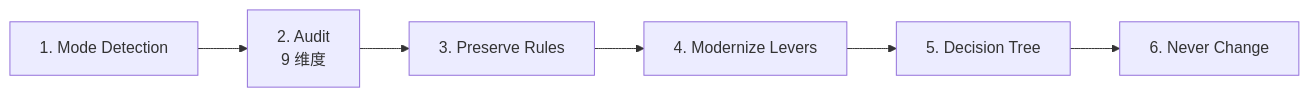
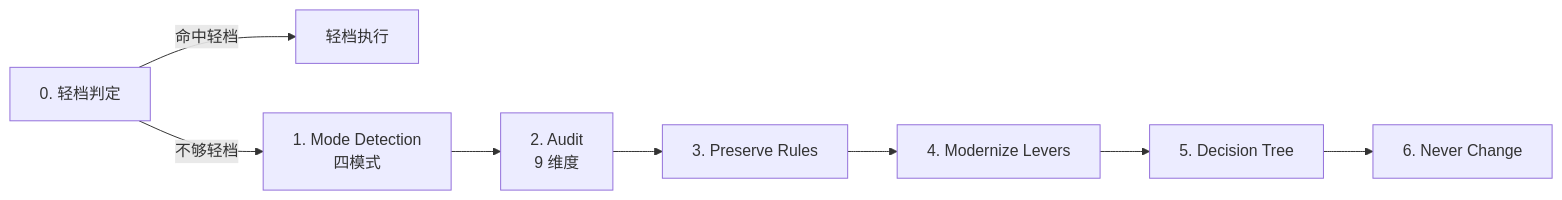
The first of 2 diagrams in references/commands/redesign.md (Kirky-X/maliang), drawn with Mermaid before and after one commit. The commit also changed other lines of this file and 7 other files, not shown here.

````diff
--- a/references/commands/redesign.md
+++ b/references/commands/redesign.md
@@ -18,8 +59,10 @@
 ```mermaid
 flowchart LR
-  A["1. Mode Detection"] --> B["2. Audit<br/>9 维度"]
+  A0["0. 轻档判定"] -->|"命中轻档"| Z["轻档执行"]
+  A0 -->|"不够轻档"| A["1. Mode Detection<br/>四模式"]
+  A --> B["2. Audit<br/>9 维度"]
   B --> C["3. Preserve Rules"]
   C --> D["4. Modernize Levers"]
   D --> E["5. Decision Tree"]
   E --> F["6. Never Change"]
 ```
````
